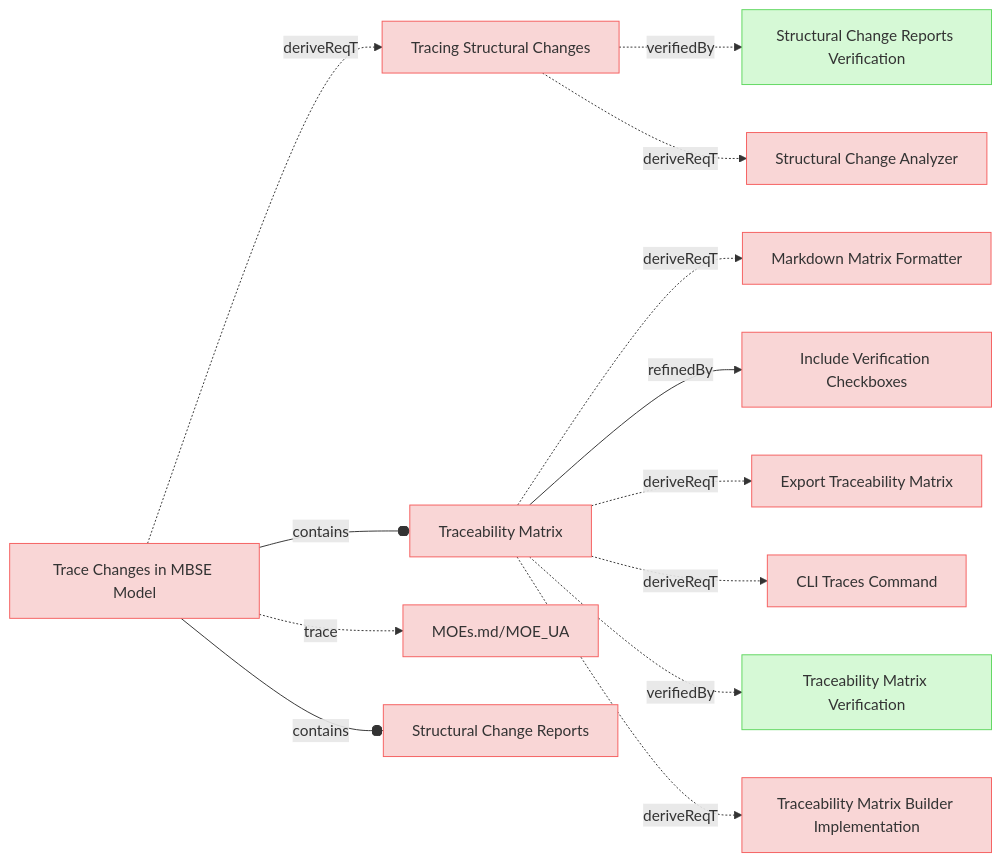
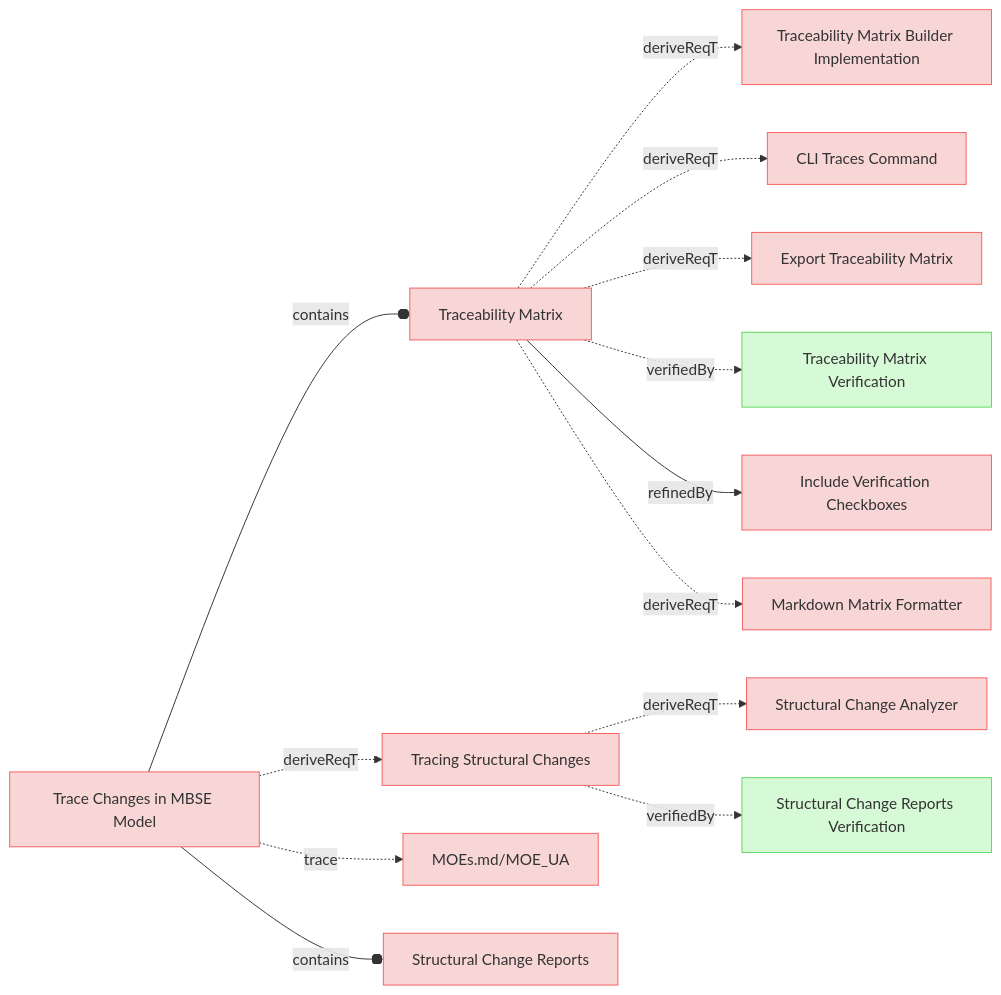
The sixth of 9 diagrams in specifications/UserRequirements.md (reqvire-org/reqvire), drawn with Mermaid before and after one commit. The commit also changed other lines of this file and 15 other files, not shown here.

First line of the commit message:
docs: Update auto-generated diagrams with new requirement traceability

````diff
--- a/specifications/UserRequirements.md
+++ b/specifications/UserRequirements.md
@@ -642,60 +652,61 @@
 ```mermaid
 graph LR;
+  %% REQVIRE-AUTOGENERATED-DIAGRAM
   %% Graph styling
   classDef requirement fill:#f9d6d6,stroke:#f55f5f,stroke-width:1px;
   classDef verification fill:#d6f9d6,stroke:#5fd75f,stroke-width:1px;
   classDef externalLink fill:#d0e0ff,stroke:#3080ff,stroke-width:1px;
   classDef default fill:#f5f5f5,stroke:#333333,stroke-width:1px;
 
+  4e30ea0930dc9c26["Traceability Matrix"];
+  class 4e30ea0930dc9c26 requirement;
+  click 4e30ea0930dc9c26 "UserRequirements.md#traceability-matrix";
+  b55d8517cd3e58["Traceability Matrix Builder Implementation"];
+  class b55d8517cd3e58 requirement;
+  click b55d8517cd3e58 "SystemRequirements/Requirements.md#traceability-matrix-builder-implementation";
+  4e30ea0930dc9c26 -.->|deriveReqT| b55d8517cd3e58;
+  5bfc0d5fd7bba25["CLI Traces Command"];
+  class 5bfc0d5fd7bba25 requirement;
+  click 5bfc0d5fd7bba25 "SystemRequirements/Requirements.md#cli-traces-command";
+  4e30ea0930dc9c26 -.->|deriveReqT| 5bfc0d5fd7bba25;
+  7de9a55d6102af23["Export Traceability Matrix"];
+  class 7de9a55d6102af23 requirement;
+  click 7de9a55d6102af23 "UserRequirements.md#export-traceability-matrix";
+  4e30ea0930dc9c26 -.->|deriveReqT| 7de9a55d6102af23;
+  11c3285e74c8d60b["Traceability Matrix Verification"];
+  class 11c3285e74c8d60b verification;
+  click 11c3285e74c8d60b "Verifications/ChangeImpactTests.md#traceability-matrix-verification";
+  4e30ea0930dc9c26 -.->|verifiedBy| 11c3285e74c8d60b;
   6d32b919c82784b7["Include Verification Checkboxes"];
   class 6d32b919c82784b7 requirement;
   click 6d32b919c82784b7 "UserRequirements.md#include-verification-checkboxes";
-  7de9a55d6102af23["Export Traceability Matrix"];
-  class 7de9a55d6102af23 requirement;
-  click 7de9a55d6102af23 "UserRequirements.md#export-traceability-matrix";
+  4e30ea0930dc9c26 -->|refinedBy| 6d32b919c82784b7;
+  1b7491b67a792bc9["Markdown Matrix Formatter"];
+  class 1b7491b67a792bc9 requirement;
+  click 1b7491b67a792bc9 "SystemRequirements/Requirements.md#markdown-matrix-formatter";
+  4e30ea0930dc9c26 -.->|deriveReqT| 1b7491b67a792bc9;
   d7b7b13a5b8d96e1["Tracing Structural Changes"];
   class d7b7b13a5b8d96e1 requirement;
   click d7b7b13a5b8d96e1 "UserRequirements.md#tracing-structural-changes";
+  d34d7e14d2a235a2["Structural Change Analyzer"];
+  class d34d7e14d2a235a2 requirement;
+  click d34d7e14d2a235a2 "SystemRequirements/Requirements.md#structural-change-analyzer";
+  d7b7b13a5b8d96e1 -.->|deriveReqT| d34d7e14d2a235a2;
   b0e8adb6596a35e7["Structural Change Reports Verification"];
   class b0e8adb6596a35e7 verification;
   click b0e8adb6596a35e7 "Verifications/ChangeImpactTests.md#structural-change-reports-verification";
   d7b7b13a5b8d96e1 -.->|verifiedBy| b0e8adb6596a35e7;
-  d34d7e14d2a235a2["Structural Change Analyzer"];
-  class d34d7e14d2a235a2 requirement;
-  click d34d7e14d2a235a2 "SystemRequirements/Requirements.md#structural-change-analyzer";
-  d7b7b13a5b8d96e1 -.->|deriveReqT| d34d7e14d2a235a2;
-  4e30ea0930dc9c26["Traceability Matrix"];
-  class 4e30ea0930dc9c26 requirement;
-  click 4e30ea0930dc9c26 "UserRequirements.md#traceability-matrix";
-  1b7491b67a792bc9["Markdown Matrix Formatter"];
-  class 1b7491b67a792bc9 requirement;
-  click 1b7491b67a792bc9 "SystemRequirements/Requirements.md#markdown-matrix-formatter";
-  4e30ea0930dc9c26 -.->|deriveReqT| 1b7491b67a792bc9;
-  4e30ea0930dc9c26 -->|refinedBy| 6d32b919c82784b7;
-  4e30ea0930dc9c26 -.->|deriveReqT| 7de9a55d6102af23;
-  5bfc0d5fd7bba25["CLI Traces Command"];
-  class 5bfc0d5fd7bba25 requirement;
-  click 5bfc0d5fd7bba25 "SystemRequirements/Requirements.md#cli-traces-command";
-  4e30ea0930dc9c26 -.->|deriveReqT| 5bfc0d5fd7bba25;
-  11c3285e74c8d60b["Traceability Matrix Verification"];
-  class 11c3285e74c8d60b verification;
-  click 11c3285e74c8d60b "Verifications/ChangeImpactTests.md#traceability-matrix-verification";
-  4e30ea0930dc9c26 -.->|verifiedBy| 11c3285e74c8d60b;
-  b55d8517cd3e58["Traceability Matrix Builder Implementation"];
-  class b55d8517cd3e58 requirement;
-  click b55d8517cd3e58 "SystemRequirements/Requirements.md#traceability-matrix-builder-implementation";
-  4e30ea0930dc9c26 -.->|deriveReqT| b55d8517cd3e58;
   5ef9c8ae19a9f55a["Trace Changes in MBSE Model"];
   class 5ef9c8ae19a9f55a requirement;
   click 5ef9c8ae19a9f55a "UserStories.md#trace-changes-in-mbse-model";
   2c5f30f14e792200["MOEs.md/MOE_UA"];
   class 2c5f30f14e792200 requirement;
   click 2c5f30f14e792200 "MOEs.md#moe_ua";
   5ef9c8ae19a9f55a -.->|trace| 2c5f30f14e792200;
+  5ef9c8ae19a9f55a --o|contains| 4e30ea0930dc9c26;
   1908501a80db5c46["Structural Change Reports"];
   class 1908501a80db5c46 requirement;
   click 1908501a80db5c46 "UserRequirements.md#structural-change-reports";
   5ef9c8ae19a9f55a --o|contains| 1908501a80db5c46;
   5ef9c8ae19a9f55a -.->|deriveReqT| d7b7b13a5b8d96e1;
-  5ef9c8ae19a9f55a --o|contains| 4e30ea0930dc9c26;
 ```
````
